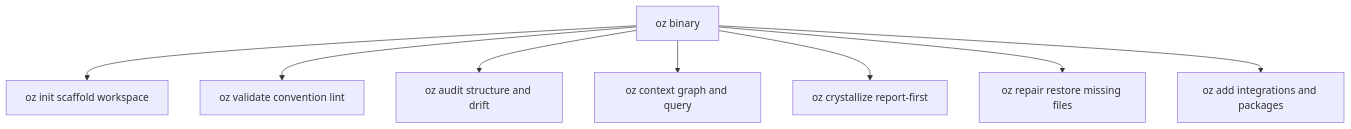
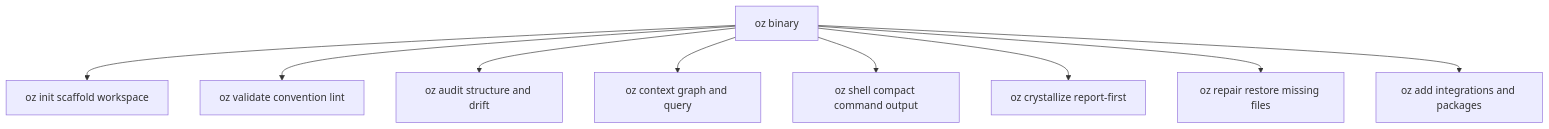
Before and after one commit to joaoajmatos/oz: the third of 3 diagrams in specs/oz-project-specification.md, drawn with Mermaid. The commit also changed other lines of this file and 5 other files, not shown here.

First line of the commit message:
Enhance architecture documentation and introduce shell compression layer

````diff
--- a/specs/oz-project-specification.md
+++ b/specs/oz-project-specification.md
@@ -187,11 +187,12 @@
 ```mermaid
 flowchart TB
   binary["oz binary"]
   binary --> initCmd["oz init scaffold workspace"]
   binary --> validateCmd["oz validate convention lint"]
   binary --> auditCmd["oz audit structure and drift"]
   binary --> contextCmd["oz context graph and query"]
+  binary --> shellCmd["oz shell compact command output"]
   binary --> crystallizeCmd["oz crystallize report-first"]
   binary --> repairCmd["oz repair restore missing files"]
   binary --> addCmd["oz add integrations and packages"]
 ```
````
